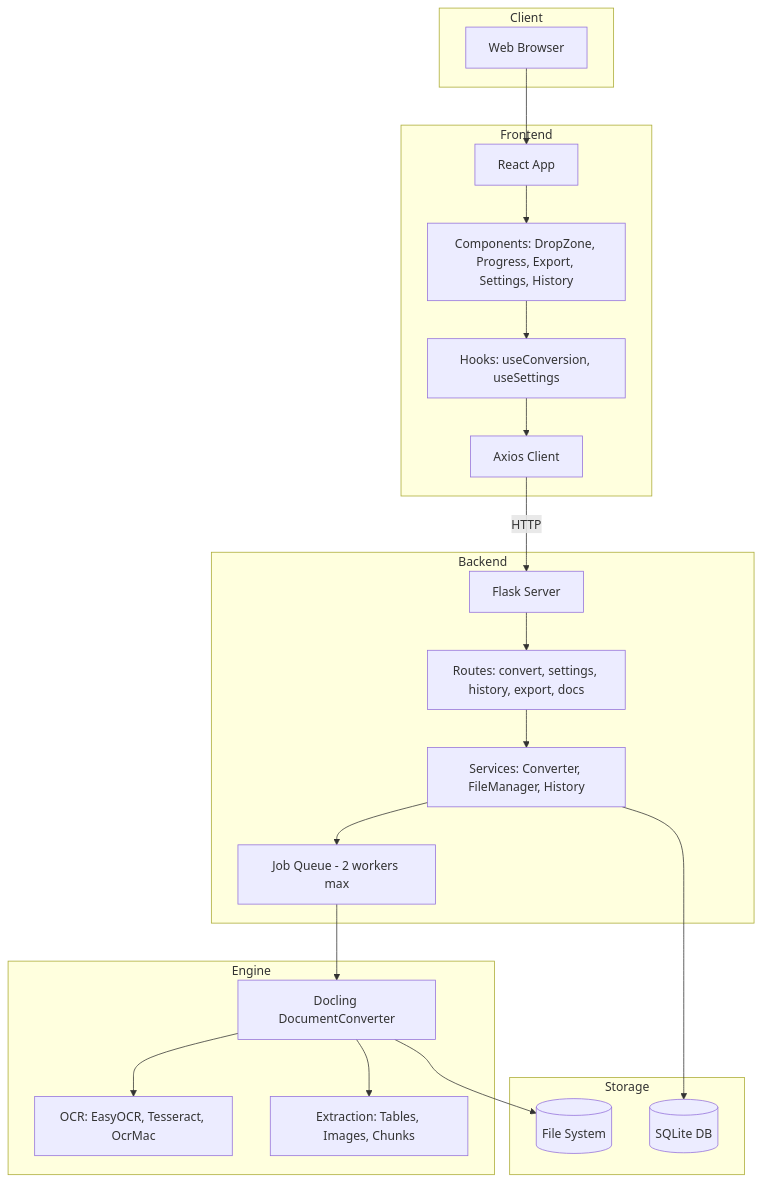
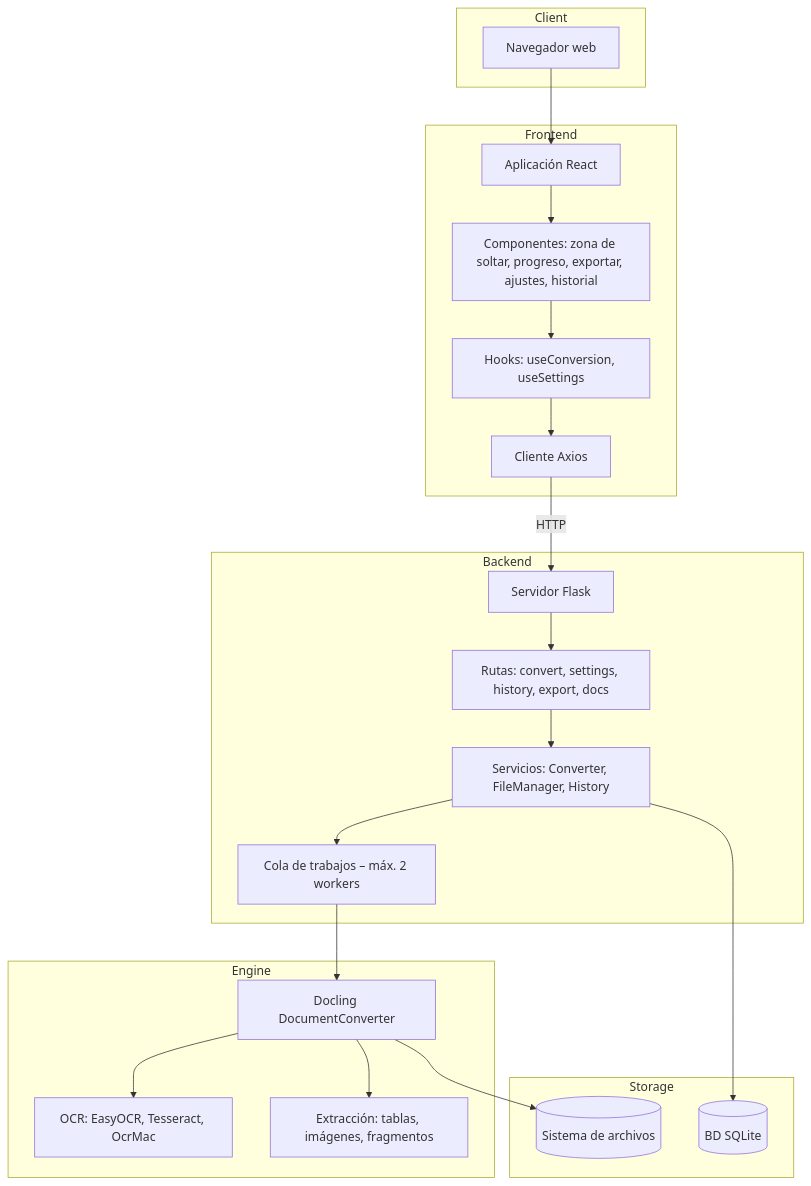
The third of 8 diagrams in docs/es/architecture/diagrams.md (duckling-ui/duckling), drawn with Mermaid before and after one commit. The commit also changed other lines of this file and 133 other files, not shown here.

````diff
--- a/docs/es/architecture/diagrams.md
+++ b/docs/es/architecture/diagrams.md
@@ -50,45 +50,45 @@
 ```mermaid
 graph TB
     subgraph Client
-        Browser[Web Browser]
+        Browser[Navegador web]
     end
 
     subgraph Frontend
-        React[React App]
-        Components[Components: DropZone, Progress, Export, Settings, History]
+        React[Aplicación React]
+        Components[Componentes: zona de soltar, progreso, exportar, ajustes, historial]
         Hooks[Hooks: useConversion, useSettings]
-        APIClient[Axios Client]
+        APIClient[Cliente Axios]
     end
 
     subgraph Backend
-        Flask[Flask Server]
-        Routes[Routes: convert, settings, history, export, docs]
-        Services[Services: Converter, FileManager, History]
-        JobQueue[Job Queue - 2 workers max]
+        Flask[Servidor Flask]
+        Routes[Rutas: convert, settings, history, export, docs]
+        Services[Servicios: Converter, FileManager, History]
+        JobQueue[Cola de trabajos – máx. 2 workers]
     end
 
     subgraph Engine
         Docling[Docling DocumentConverter]
         OCR[OCR: EasyOCR, Tesseract, OcrMac]
-        Extract[Extraction: Tables, Images, Chunks]
+        Extract[Extracción: tablas, imágenes, fragmentos]
     end
 
     subgraph Storage
-        SQLite[(SQLite DB)]
-        FileSystem[(File System)]
+        SQLite[(BD SQLite)]
+        FileSystem[(Sistema de archivos)]
     end
 
     Browser --> React
     React --> Components
     Components --> Hooks
     Hooks --> APIClient
     APIClient -->|HTTP| Flask
     Flask --> Routes
     Routes --> Services
     Services --> JobQueue
     JobQueue --> Docling
     Docling --> OCR
     Docling --> Extract
     Services --> SQLite
     Docling --> FileSystem
 ```
````
